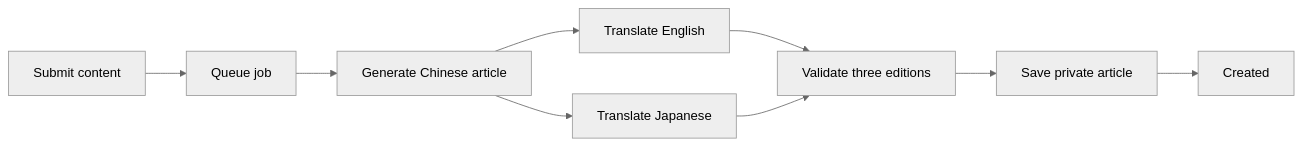
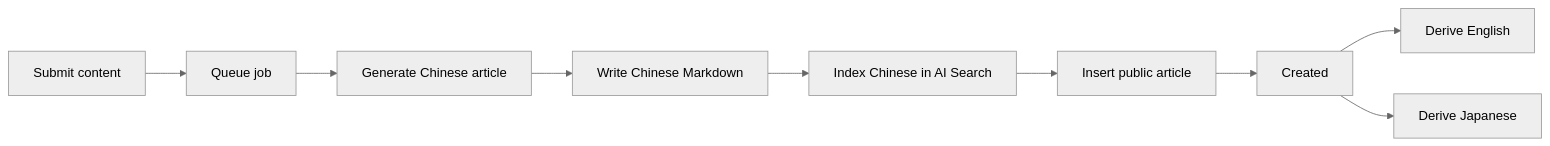
Before and after one commit to Pleasurecruise/my-knowledge: the diagram in README.md, drawn with Mermaid (neutral theme). The commit also changed other lines of this file and 40 other files, not shown here.

Commit message:
refactor: rebuild Chinese-first article pipeline

````diff
--- a/README.md
+++ b/README.md
@@ -14,11 +13,11 @@
 ```mermaid
 flowchart LR
   submit[Submit content] --> queue[Queue job]
   queue --> write[Generate Chinese article]
-  write --> en[Translate English]
-  write --> ja[Translate Japanese]
-  en --> validate[Validate three editions]
-  ja --> validate
-  validate --> save[Save private article]
+  write --> r2[Write Chinese Markdown]
+  r2 --> index[Index Chinese in AI Search]
+  index --> save[Insert public article]
   save --> done[Created]
+  done --> en[Derive English]
+  done --> ja[Derive Japanese]
 ```
````
